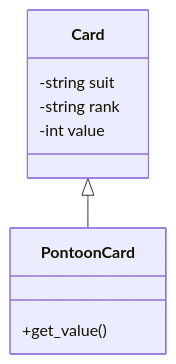
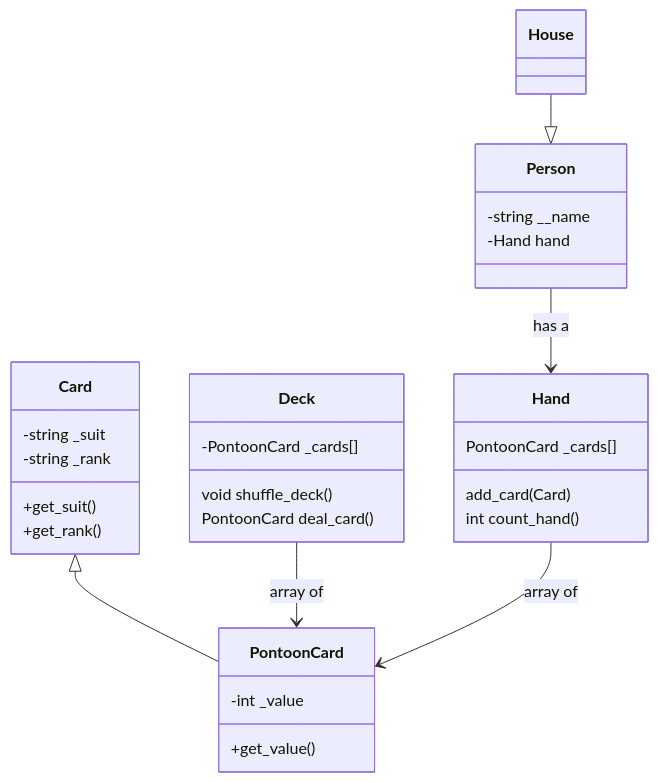
One commit to godziller/pontoon changed the diagram in README.md. Above: the diagram before and after it, drawn with Mermaid.

Commit message:
Added some design ideas

````diff
--- a/README.md
+++ b/README.md
@@ -17,15 +17,39 @@
 ```mermaid
 
 classDiagram
     Card <|-- PontoonCard
-
+    Deck --> PontoonCard: array of
+    Hand --> PontoonCard: array of
+    Person --> Hand: has a
+    House --|> Person
     class Card{
-        -string suit
-        -string rank
-        -int value
+        -string _suit
+        -string _rank
+        +get_suit()
+        +get_rank()
     }
     class PontoonCard{
+        -int _value
+
         +get_value()
     }
+    class Deck{
+    -PontoonCard _cards[]
+    void shuffle_deck()
+    PontoonCard deal_card()
+    }
+    class Hand{
+        PontoonCard _cards[]
+        add_card(Card)
+        int count_hand()
+    }
+    class Person{
+        -string __name
+        -Hand hand
+    }
+    class House{
+        
+    }
+    
 
 ```
````
